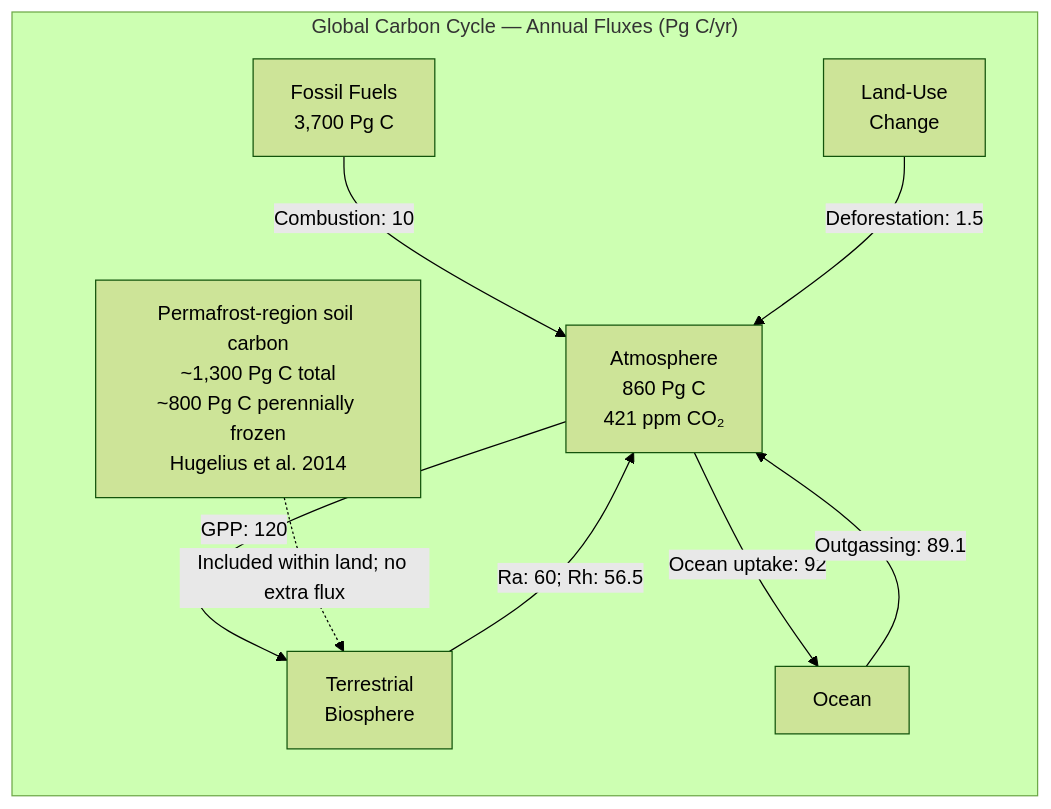
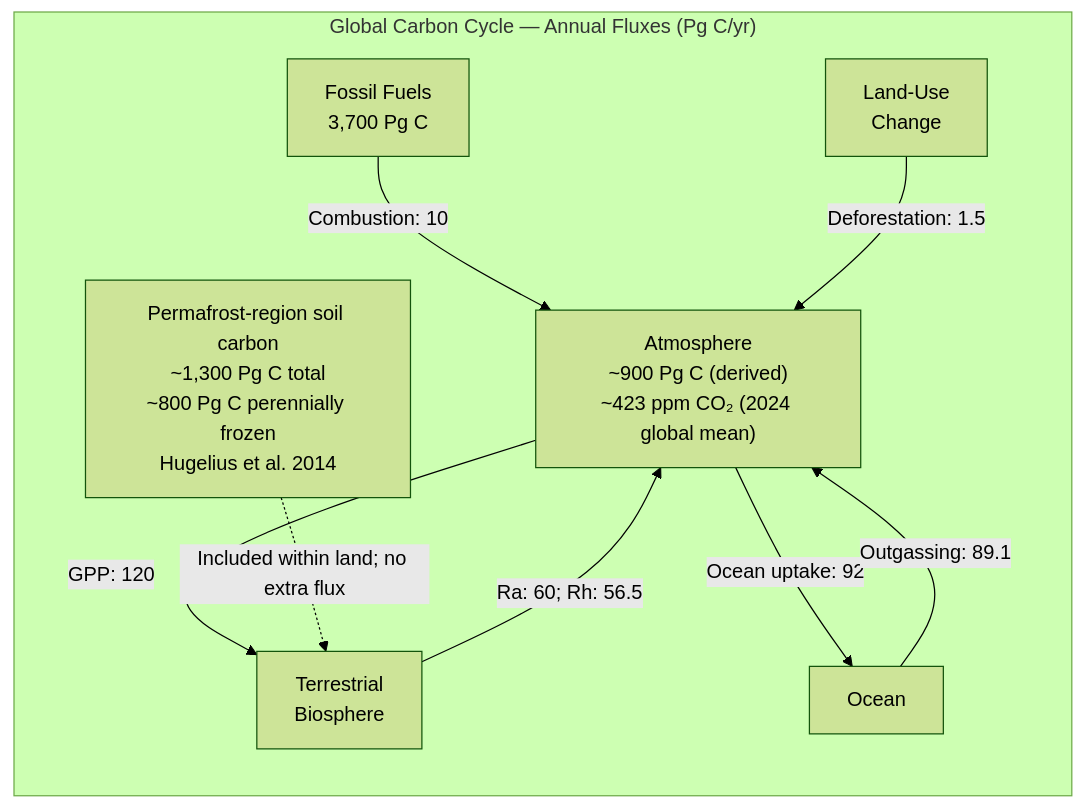
Before and after one commit to docxology/biology_textbook: the second of 4 diagrams in docs/manuscript/unit_X/ecosystem_ecology.md, drawn with Mermaid (forest theme). The commit also changed other lines of this file and 21 other files, not shown here.

````diff
--- a/docs/manuscript/unit_X/ecosystem_ecology.md
+++ b/docs/manuscript/unit_X/ecosystem_ecology.md
@@ -330,20 +332,20 @@
 ```mermaid
 graph LR
     subgraph "Global Carbon Cycle — Annual Fluxes (Pg C/yr)"
-        ATM["Atmosphere<br/>860 Pg C<br/>421 ppm CO₂"]
+        ATM["Atmosphere<br/>~900 Pg C (derived)<br/>~423 ppm CO₂ (2024 global mean)"]
         LAND["Terrestrial<br/>Biosphere"]
         OCEAN["Ocean"]
         FF["Fossil Fuels<br/>3,700 Pg C"]
         LUC["Land-Use<br/>Change"]
         PERM["Permafrost-region soil carbon<br/>~1,300 Pg C total<br/>~800 Pg C perennially frozen<br/>Hugelius et al. 2014"]
     end
 
     ATM -->|"GPP: 120"| LAND
     LAND -->|"Ra: 60; Rh: 56.5"| ATM
     ATM -->|"Ocean uptake: 92"| OCEAN
     OCEAN -->|"Outgassing: 89.1"| ATM
     FF -->|"Combustion: 10"| ATM
     LUC -->|"Deforestation: 1.5"| ATM
 
     PERM -.->|"Included within land; no extra flux"| LAND
 ```
````
